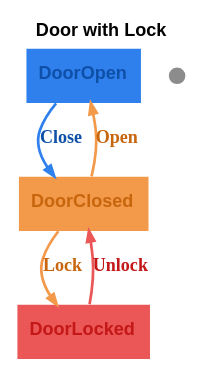
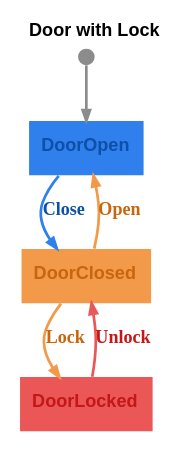
Before and after one commit to m-bock/purescript-transit: the diagram in graphs/door-with-lock.dot, drawn with Graphviz. The commit also changed 12 other files, not shown here.

Commit message:
Enhance door state graphs by adding decision nodes for unlocking scenarios. Update DOT and SVG representations for Door with Alarm, Door with Lock, and Door with Pin to reflect new decision structures and improve visualization of state transitions. Ensure consistent state management across examples.

```diff
--- a/graphs/door-with-lock.dot
+++ b/graphs/door-with-lock.dot
@@ -1,12 +1,13 @@
 digraph 
 {
 rankdir = "TD";fontname = "Arial";label = <<b>Door with Lock</b>>;labelloc = "t";fontsize = 12
 DoorOpen [shape = "box", label = <<b>DoorOpen</b>>, fontsize = 12, style = "filled", fillcolor = "#2f80ed", fontcolor = "#0e50a8", fontname = "Arial", labelloc = "c", penwidth = 0.0]
 __Start__ [shape = "circle", label = "", width = 0.15, height = 0.15, fixedsize = true, style = "filled", fillcolor = "#8c8c8c", penwidth = 0.0]
+__Start__ -> DoorOpen [color = "#8c8c8c", fontsize = 12, arrowsize = "0.7", penwidth = 1.8]
 DoorOpen -> DoorClosed [color = "#2f80ed", fontcolor = "#0e50a8", fontsize = 12, arrowsize = "0.7", label = <<b>Close</b>>, penwidth = 1.8]
 DoorClosed [shape = "box", label = <<b>DoorClosed</b>>, fontsize = 12, style = "filled", fillcolor = "#f2994a", fontcolor = "#c8660e", fontname = "Arial", labelloc = "c", penwidth = 0.0]
 DoorClosed -> DoorOpen [color = "#f2994a", fontcolor = "#c8660e", fontsize = 12, arrowsize = "0.7", label = <<b>Open</b>>, penwidth = 1.8]
 DoorClosed -> DoorLocked [color = "#f2994a", fontcolor = "#c8660e", fontsize = 12, arrowsize = "0.7", label = <<b>Lock</b>>, penwidth = 1.8]
 DoorLocked [shape = "box", label = <<b>DoorLocked</b>>, fontsize = 12, style = "filled", fillcolor = "#eb5757", fontcolor = "#c41717", fontname = "Arial", labelloc = "c", penwidth = 0.0]
 DoorLocked -> DoorClosed [color = "#eb5757", fontcolor = "#c41717", fontsize = 12, arrowsize = "0.7", label = <<b>Unlock</b>>, penwidth = 1.8]
 }
```
